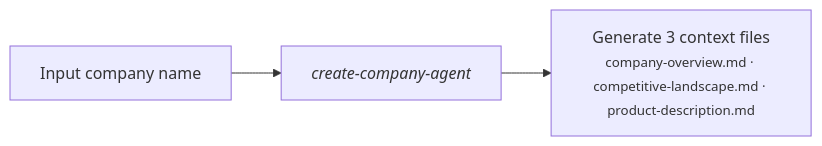
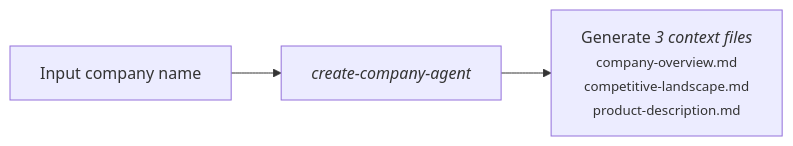
The diagram in portfolio/create-company.md (saumyavasuthevan/Claude-Research-Analyst), drawn with Mermaid before and after one commit. The commit also changed other lines of this file and 2 other files, not shown here.

Commit message:
updated create co

````diff
--- a/portfolio/create-company.md
+++ b/portfolio/create-company.md
@@ -13,5 +15,5 @@
 ```mermaid
 flowchart LR
     A["Input company name"] --> B["<i>create-company-agent</i>"]
-    B --> C["Generate 3 context files<br/><small>company-overview.md · competitive-landscape.md · product-description.md</small>"]
+    B --> C["Generate <i>3 context files</i><br/><small>company-overview.md<br/>competitive-landscape.md<br/>product-description.md</small>"]
 ```
````
